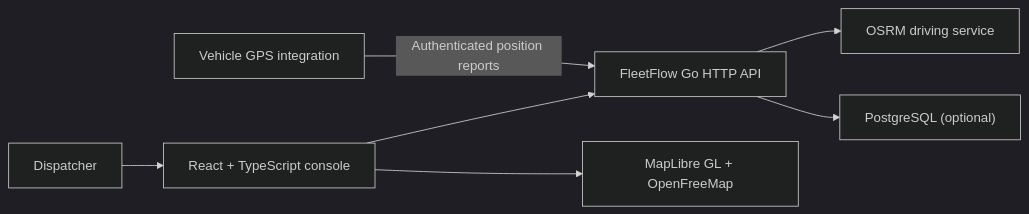
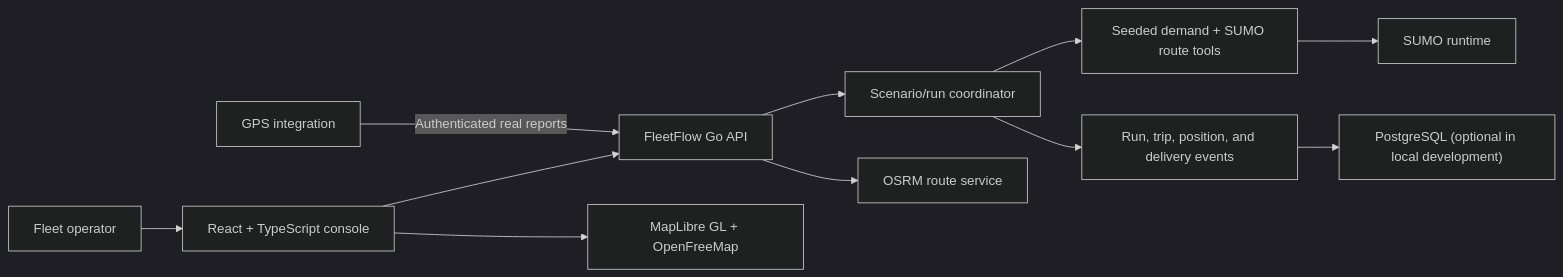
Before and after one commit to Fred-CodeCrafts/fleetflow: the diagram in DESIGN.md, drawn with Mermaid (dark theme). The commit also changed other lines of this file, not shown here.

Commit message:
docs(arch): describe SUMO operations architecture

````diff
--- a/DESIGN.md
+++ b/DESIGN.md
@@ -10,9 +11,13 @@
 ```mermaid
 flowchart LR
-    Operator["Dispatcher"] --> Console["React + TypeScript console"]
-    Console --> API["FleetFlow Go HTTP API"]
+    Operator["Fleet operator"] --> Console["React + TypeScript console"]
+    Console --> API["FleetFlow Go API"]
     Console --> Map["MapLibre GL + OpenFreeMap"]
-    API --> OSRM["OSRM driving service"]
-    API --> DB["PostgreSQL (optional)"]
-    Vehicle["Vehicle GPS integration"] -->|Authenticated position reports| API
+    API --> Runs["Scenario/run coordinator"]
+    Runs --> Demand["Seeded demand + SUMO route tools"]
+    Demand --> SUMO["SUMO runtime"]
+    Runs --> Events["Run, trip, position, and delivery events"]
+    Events --> DB["PostgreSQL (optional in local development)"]
+    API --> OSRM["OSRM route service"]
+    Vehicle["GPS integration"] -->|Authenticated real reports| API
 ```
````
